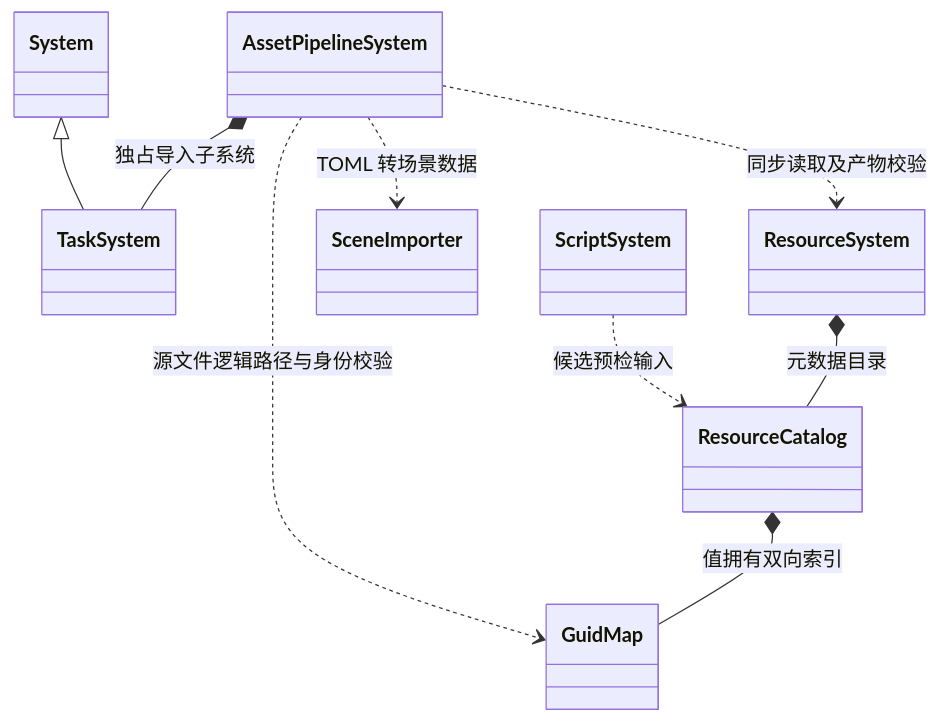
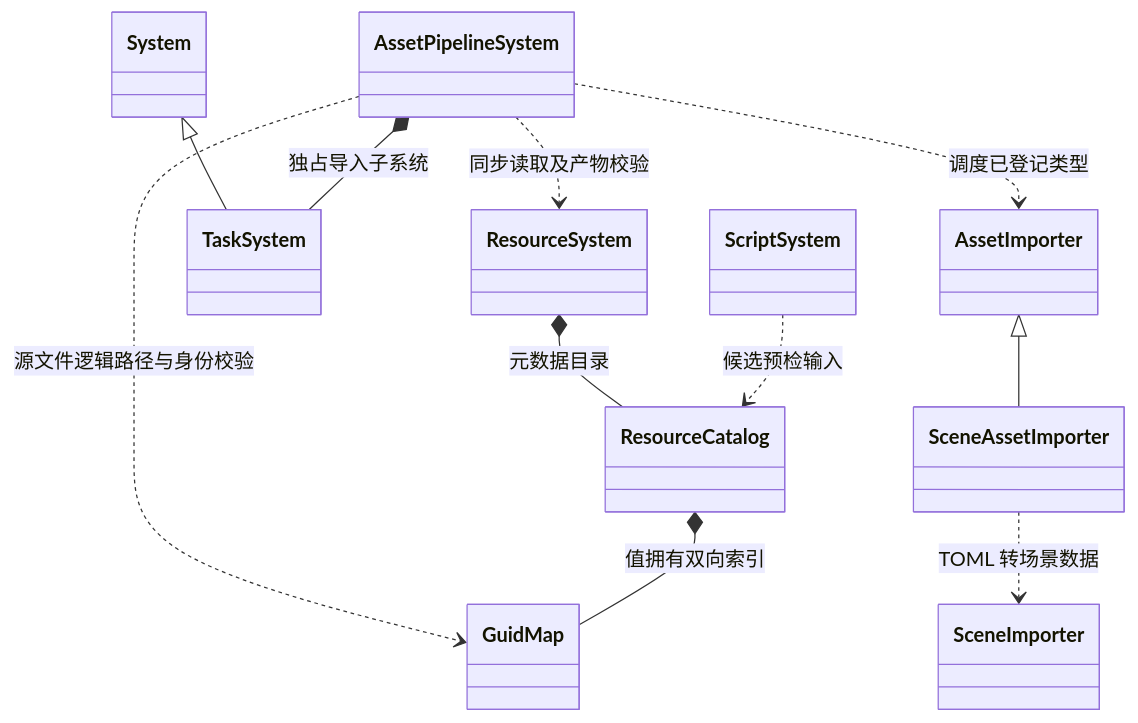
Before and after one commit to lcals/Engine: diagram 25 of 30 in docs/class-diagrams/references.md, drawn with Mermaid. The commit also changed other lines of this file and 199 other files, not shown here.

````diff
--- a/docs/class-diagrams/references.md
+++ b/docs/class-diagrams/references.md
@@ -677,20 +679,24 @@
 ```mermaid
 classDiagram
     direction TB
     class GuidMap
     class ResourceCatalog
     class ResourceSystem
     class AssetPipelineSystem
     class TaskSystem
+    class AssetImporter
+    class SceneAssetImporter
     class SceneImporter
     class ScriptSystem
     class System
     System <|-- TaskSystem
     AssetPipelineSystem *-- TaskSystem : 独占导入子系统
     AssetPipelineSystem ..> GuidMap : 源文件逻辑路径与身份校验
-    AssetPipelineSystem ..> SceneImporter : TOML 转场景数据
+    AssetPipelineSystem ..> AssetImporter : 调度已登记类型
+    AssetImporter <|-- SceneAssetImporter
+    SceneAssetImporter ..> SceneImporter : TOML 转场景数据
     AssetPipelineSystem ..> ResourceSystem : 同步读取及产物校验
     ResourceCatalog *-- GuidMap : 值拥有双向索引
     ResourceSystem *-- ResourceCatalog : 元数据目录
     ScriptSystem ..> ResourceCatalog : 候选预检输入
 ```
````
